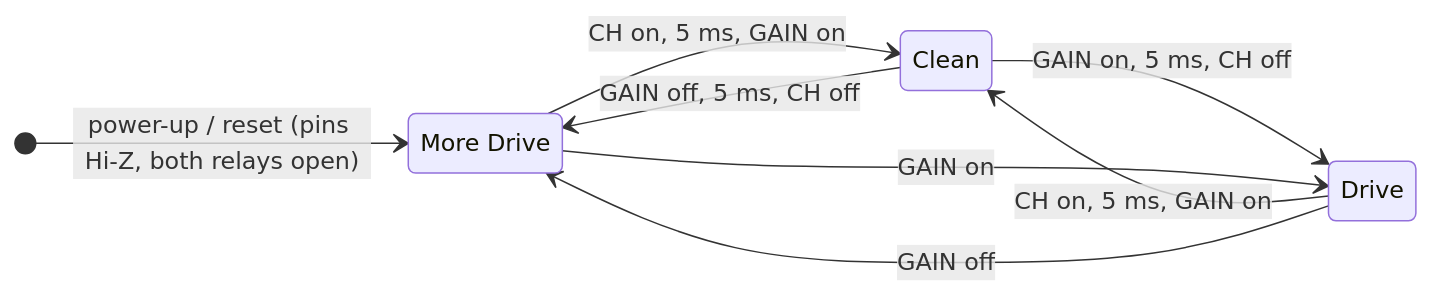
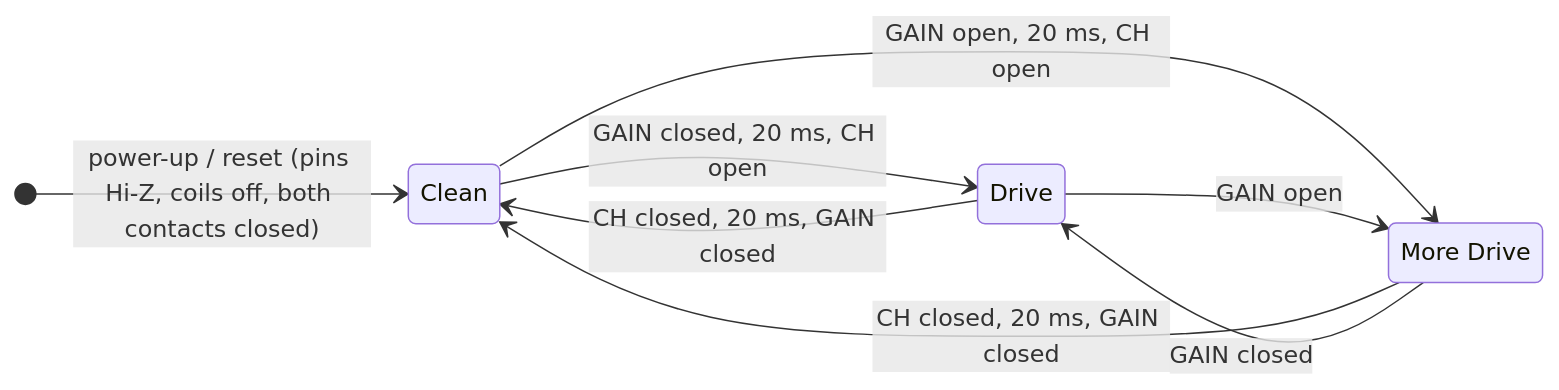
One commit to marc-bojarzin/fenderswitch changed the first of 2 diagrams in README.md. Above: the diagram before and after it, drawn with Mermaid. The commit also changed other lines of this file and 13 other files, not shown here.

First line of the commit message:
Switch to mechanical relays on NC contacts, add 5 V supply

````diff
--- a/README.md
+++ b/README.md
@@ -210,12 +241,12 @@
 ```mermaid
 stateDiagram-v2
     direction LR
-    [*] --> MoreDrive: power-up / reset (pins Hi-Z, both relays open)
-    Clean --> Drive: GAIN on, 5 ms, CH off
-    Clean --> MoreDrive: GAIN off, 5 ms, CH off
-    Drive --> Clean: CH on, 5 ms, GAIN on
-    Drive --> MoreDrive: GAIN off
-    MoreDrive --> Clean: CH on, 5 ms, GAIN on
-    MoreDrive --> Drive: GAIN on
+    [*] --> Clean: power-up / reset (pins Hi-Z, coils off, both contacts closed)
+    Clean --> Drive: GAIN closed, 20 ms, CH open
+    Clean --> MoreDrive: GAIN open, 20 ms, CH open
+    Drive --> Clean: CH closed, 20 ms, GAIN closed
+    Drive --> MoreDrive: GAIN open
+    MoreDrive --> Clean: CH closed, 20 ms, GAIN closed
+    MoreDrive --> Drive: GAIN closed
     MoreDrive: More Drive
 ```
````
